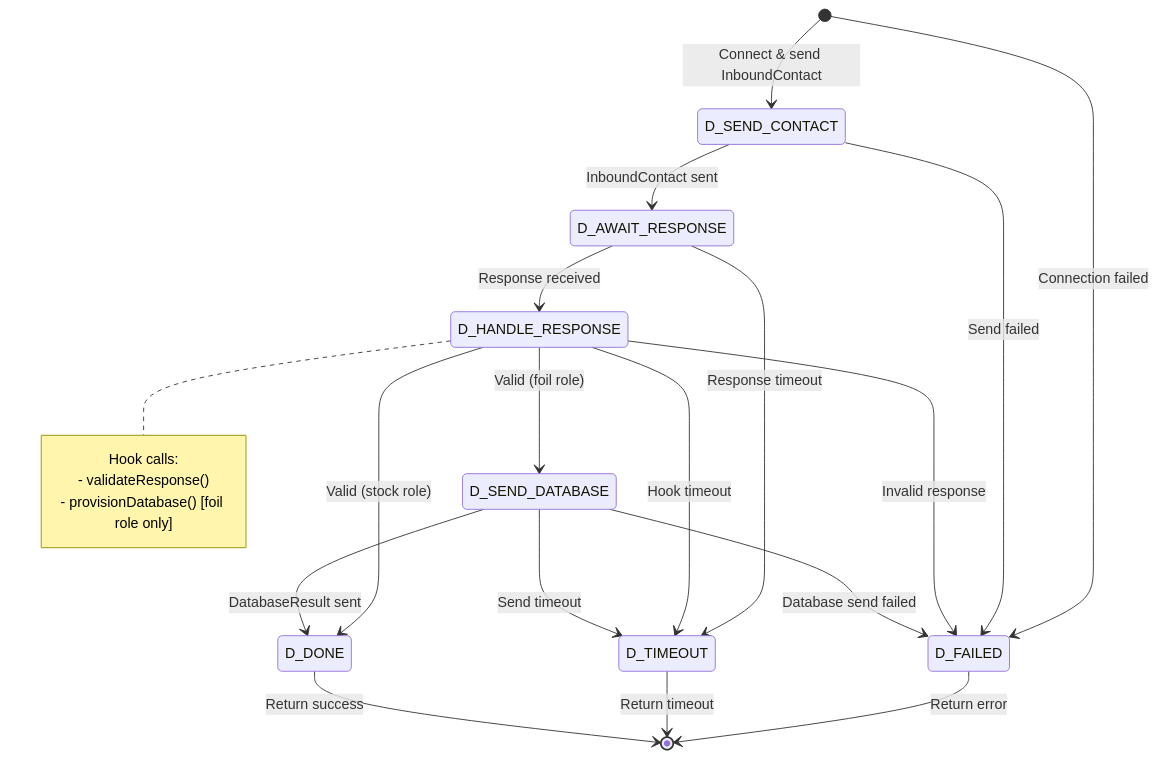
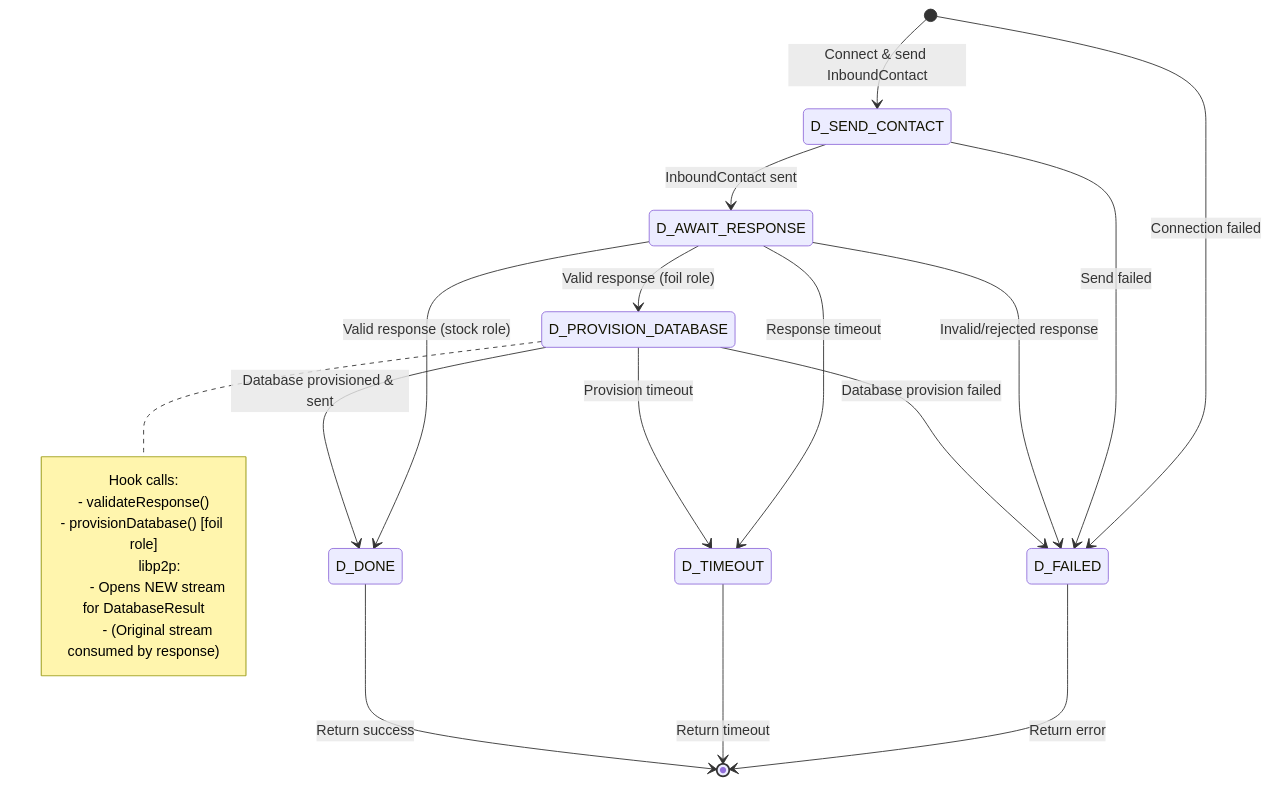
The second of 5 diagrams in doc/bootstrap.md (gotchoices/taleus), drawn with Mermaid before and after one commit. The commit also changed other lines of this file and 3 other files, not shown here.

````diff
--- a/doc/bootstrap.md
+++ b/doc/bootstrap.md
@@ -55,31 +67,31 @@
 ```mermaid
 stateDiagram-v2
     [*] --> D_SEND_CONTACT: Connect & send InboundContact
     [*] --> D_FAILED: Connection failed
     
     D_SEND_CONTACT --> D_AWAIT_RESPONSE: InboundContact sent
     D_SEND_CONTACT --> D_FAILED: Send failed
     
-    D_AWAIT_RESPONSE --> D_HANDLE_RESPONSE: Response received
+    D_AWAIT_RESPONSE --> D_PROVISION_DATABASE: Valid response (foil role)
+    D_AWAIT_RESPONSE --> D_DONE: Valid response (stock role)
+    D_AWAIT_RESPONSE --> D_FAILED: Invalid/rejected response
     D_AWAIT_RESPONSE --> D_TIMEOUT: Response timeout
     
-    D_HANDLE_RESPONSE --> D_SEND_DATABASE: Valid (foil role)
-    D_HANDLE_RESPONSE --> D_DONE: Valid (stock role)
-    D_HANDLE_RESPONSE --> D_FAILED: Invalid response
-    
-    D_SEND_DATABASE --> D_DONE: DatabaseResult sent
-    D_SEND_DATABASE --> D_FAILED: Database send failed
-    
-    D_HANDLE_RESPONSE --> D_TIMEOUT: Hook timeout
-    D_SEND_DATABASE --> D_TIMEOUT: Send timeout
+    D_PROVISION_DATABASE --> D_DONE: Database provisioned & sent
+    D_PROVISION_DATABASE --> D_FAILED: Database provision failed
+    D_PROVISION_DATABASE --> D_TIMEOUT: Provision timeout
     
     D_FAILED --> [*]: Return error
     D_TIMEOUT --> [*]: Return timeout
     D_DONE --> [*]: Return success
     
-    note right of D_HANDLE_RESPONSE
+    note right of D_PROVISION_DATABASE
         Hook calls:
         - validateResponse()
-        - provisionDatabase() [foil role only]
+        - provisionDatabase() [foil role]
+        
+        libp2p:
+        - Opens NEW stream for DatabaseResult
+        - (Original stream consumed by response)
     end note
 ```
````
